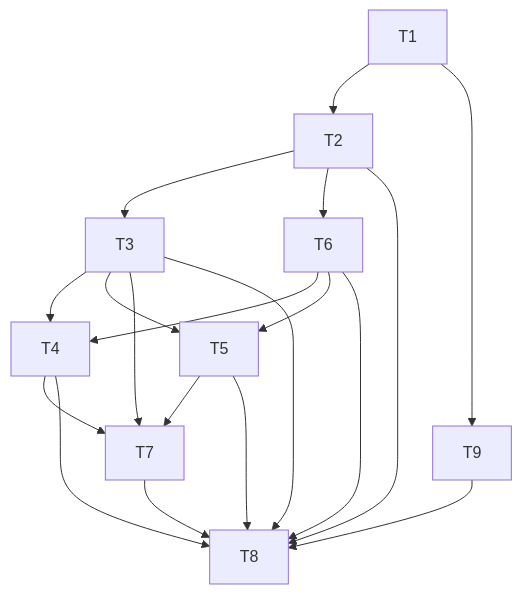
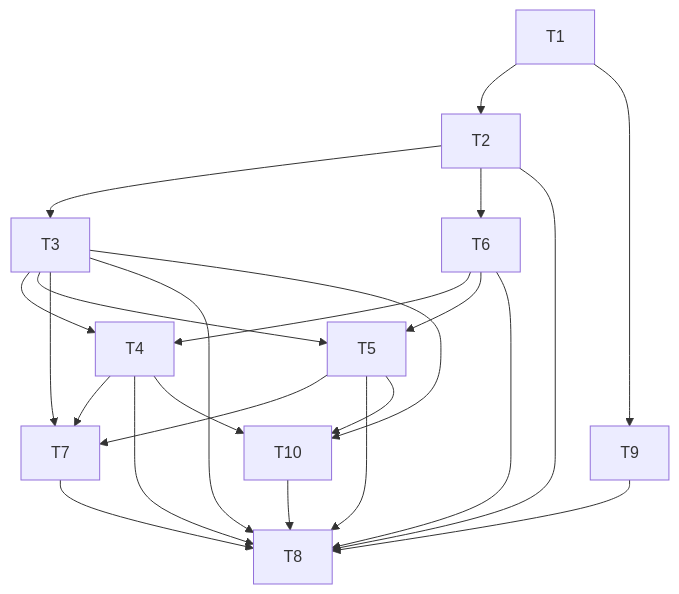
Before and after one commit to YunyuVv/zhuangxiu: the diagram in docs/需求相关/研发任务拆解.md, drawn with Mermaid. The commit also changed other lines of this file and 39 other files, not shown here.

````diff
--- a/docs/需求相关/研发任务拆解.md
+++ b/docs/需求相关/研发任务拆解.md
@@ -67,21 +72,25 @@
 ```mermaid
 flowchart TD
   T1 --> T2
   T2 --> T3
   T2 --> T6
   T3 --> T4
   T3 --> T5
   T6 --> T4
   T6 --> T5
   T3 --> T7
   T4 --> T7
   T5 --> T7
   T2 --> T8
   T3 --> T8
   T4 --> T8
   T5 --> T8
   T6 --> T8
   T7 --> T8
   T1 --> T9
   T9 --> T8
+  T3 --> T10
+  T4 --> T10
+  T5 --> T10
+  T10 --> T8
 ```
````
